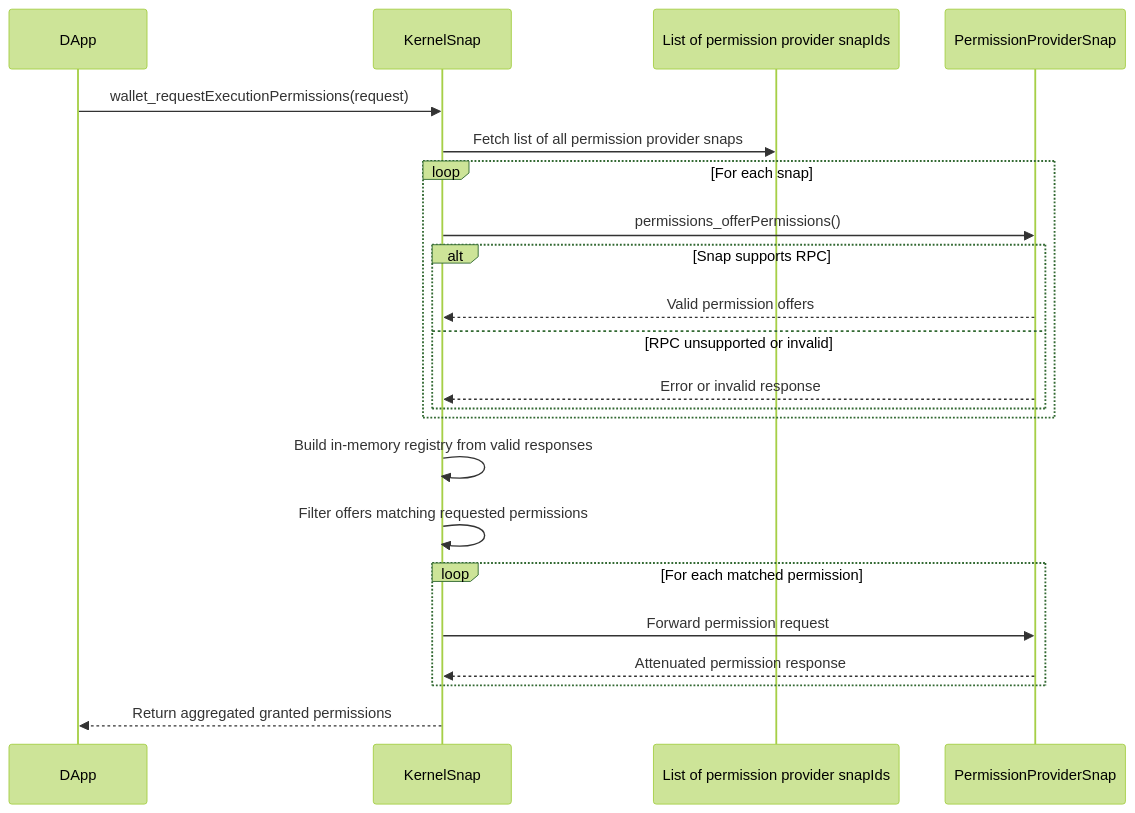
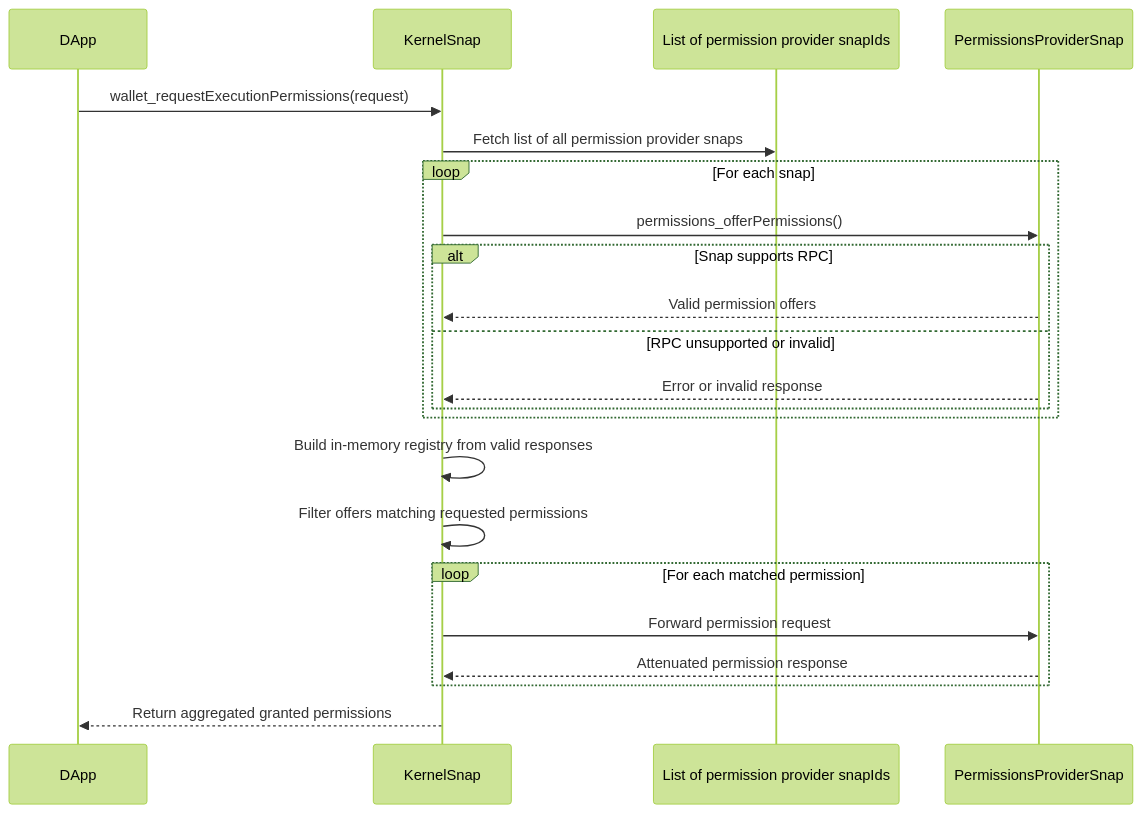
The diagram in packages/permissions-kernel-snap/docs/ephemeralPermissionsOfferRegistry.md (MetaMask/snap-7715-permissions), drawn with Mermaid (forest theme) before and after one commit. The commit also changed other lines of this file and 10 other files, not shown here.

Commit message:
chore: changed to plural refereces of permissionProvider

````diff
--- a/packages/permissions-kernel-snap/docs/ephemeralPermissionsOfferRegistry.md
+++ b/packages/permissions-kernel-snap/docs/ephemeralPermissionsOfferRegistry.md
@@ -14,30 +14,30 @@
 ```mermaid
 sequenceDiagram
   participant DApp
   participant KernelSnap
   participant List of permission provider snapIds
-  participant PermissionProviderSnap
+  participant PermissionsProviderSnap
 
   DApp->>KernelSnap: wallet_requestExecutionPermissions(request)
   KernelSnap->>List of permission provider snapIds: Fetch list of all permission provider snaps
 
   loop For each snap
-    KernelSnap->>PermissionProviderSnap: permissions_offerPermissions()
+    KernelSnap->>PermissionsProviderSnap: permissions_offerPermissions()
     alt Snap supports RPC
-      PermissionProviderSnap-->>KernelSnap: Valid permission offers
+      PermissionsProviderSnap-->>KernelSnap: Valid permission offers
     else RPC unsupported or invalid
-      PermissionProviderSnap-->>KernelSnap: Error or invalid response
+      PermissionsProviderSnap-->>KernelSnap: Error or invalid response
     end
   end
 
   KernelSnap->>KernelSnap: Build in-memory registry from valid responses
 
   KernelSnap->>KernelSnap: Filter offers matching requested permissions
 
   loop For each matched permission
-    KernelSnap->>PermissionProviderSnap: Forward permission request
-    PermissionProviderSnap-->>KernelSnap: Attenuated permission response
+    KernelSnap->>PermissionsProviderSnap: Forward permission request
+    PermissionsProviderSnap-->>KernelSnap: Attenuated permission response
   end
 
   KernelSnap-->>DApp: Return aggregated granted permissions
 ```
````
